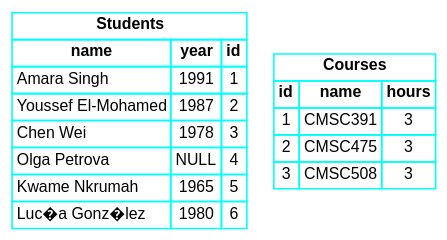
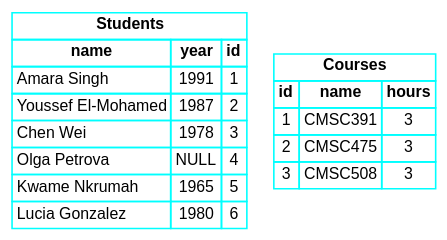
The first of 9 diagrams in topics/_relational-models.qmd (lowkeylabs/cmsc408-course-admin), drawn with Graphviz before and after one commit. The commit also changed other lines of this file and 19 other files, not shown here.

````diff
--- a/topics/_relational-models.qmd
+++ b/topics/_relational-models.qmd
@@ -112,34 +112,34 @@
 ```{dot}
 //| echo: false
 //| fig-width: 550px
 //| fig-height: 250px
 digraph RelationalDataModel {
 
     graph [nodesep=0.0 bgcolor=transparent]
     node [shape=plaintext fontname="Arial" fontsize=10 color="cyan"];
 
     student [label=<
 <table border="0" cellborder="1" cellspacing="0">
     <tr><td colspan="3" align="center"><b>Students</b></td></tr>
     <tr><td><b>name</b></td><td><b>year</b></td><td><b>id</b></td></tr>
     <tr><td align="left">Amara Singh</td><td>1991</td><td port="r1">1</td></tr>
     <tr><td align="left">Youssef El-Mohamed</td><td>1987</td><td port="r2">2</td></tr>
     <tr><td align="left">Chen Wei</td><td>1978</td><td port="r3">3</td></tr>
     <tr><td align="left">Olga Petrova</td><td>NULL</td><td port="r4">4</td></tr>
     <tr><td align="left">Kwame Nkrumah</td><td>1965</td><td port="r5">5</td></tr>
-    <tr><td align="left">Luc�a Gonz�lez</td><td>1980</td><td port="r6">6</td></tr>
+    <tr><td align="left">Lucia Gonzalez</td><td>1980</td><td port="r6">6</td></tr>
 </table>
     >];
 
     course [label=<
 <table border="0" cellborder="1" cellspacing="0">
     <tr><td colspan="3" align="center"><b>Courses</b></td></tr>
     <tr><td><b>id</b></td><td><b>name</b></td><td><b>hours</b></td></tr>
     <tr><td port="c1">1</td><td>CMSC391</td><td>3</td></tr>
     <tr><td port="c2">2</td><td>CMSC475</td><td>3</td></tr>
     <tr><td port="c3">3</td><td>CMSC508</td><td>3</td></tr>
 </table>
     >];
 }
 
 ```
````
